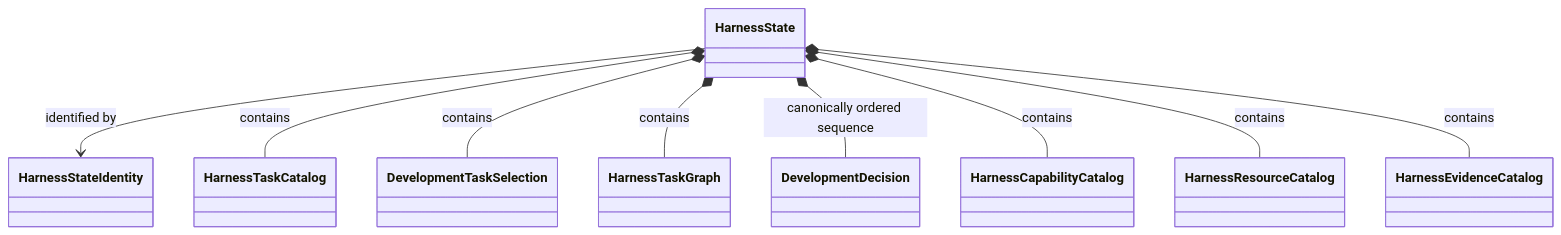
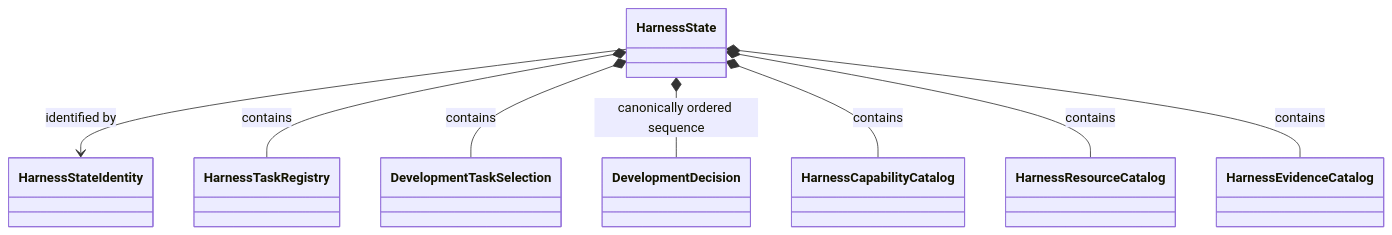
One commit to eragasa/ksdft2effmass changed the fourth of 5 diagrams in docs/architecture/v2/ksdft2effmass/harness/compiler-architecture.md. Above: the diagram before and after it, drawn with Mermaid. The commit also changed other lines of this file and 123 other files, not shown here.

First line of the commit message:
Establish canonical v2 migration task graph

````diff
--- a/docs/architecture/v2/ksdft2effmass/harness/compiler-architecture.md
+++ b/docs/architecture/v2/ksdft2effmass/harness/compiler-architecture.md
@@ -160,21 +159,19 @@
 ```mermaid
 classDiagram
     class HarnessState
     class HarnessStateIdentity
-    class HarnessTaskCatalog
+    class HarnessTaskRegistry
     class DevelopmentTaskSelection
-    class HarnessTaskGraph
     class DevelopmentDecision
     class HarnessCapabilityCatalog
     class HarnessResourceCatalog
     class HarnessEvidenceCatalog
 
     HarnessState --> HarnessStateIdentity : identified by
-    HarnessState *-- HarnessTaskCatalog : contains
+    HarnessState *-- HarnessTaskRegistry : contains
     HarnessState *-- DevelopmentTaskSelection : contains
-    HarnessState *-- HarnessTaskGraph : contains
     HarnessState *-- DevelopmentDecision : canonically ordered sequence
     HarnessState *-- HarnessCapabilityCatalog : contains
     HarnessState *-- HarnessResourceCatalog : contains
     HarnessState *-- HarnessEvidenceCatalog : contains
 ```
````
